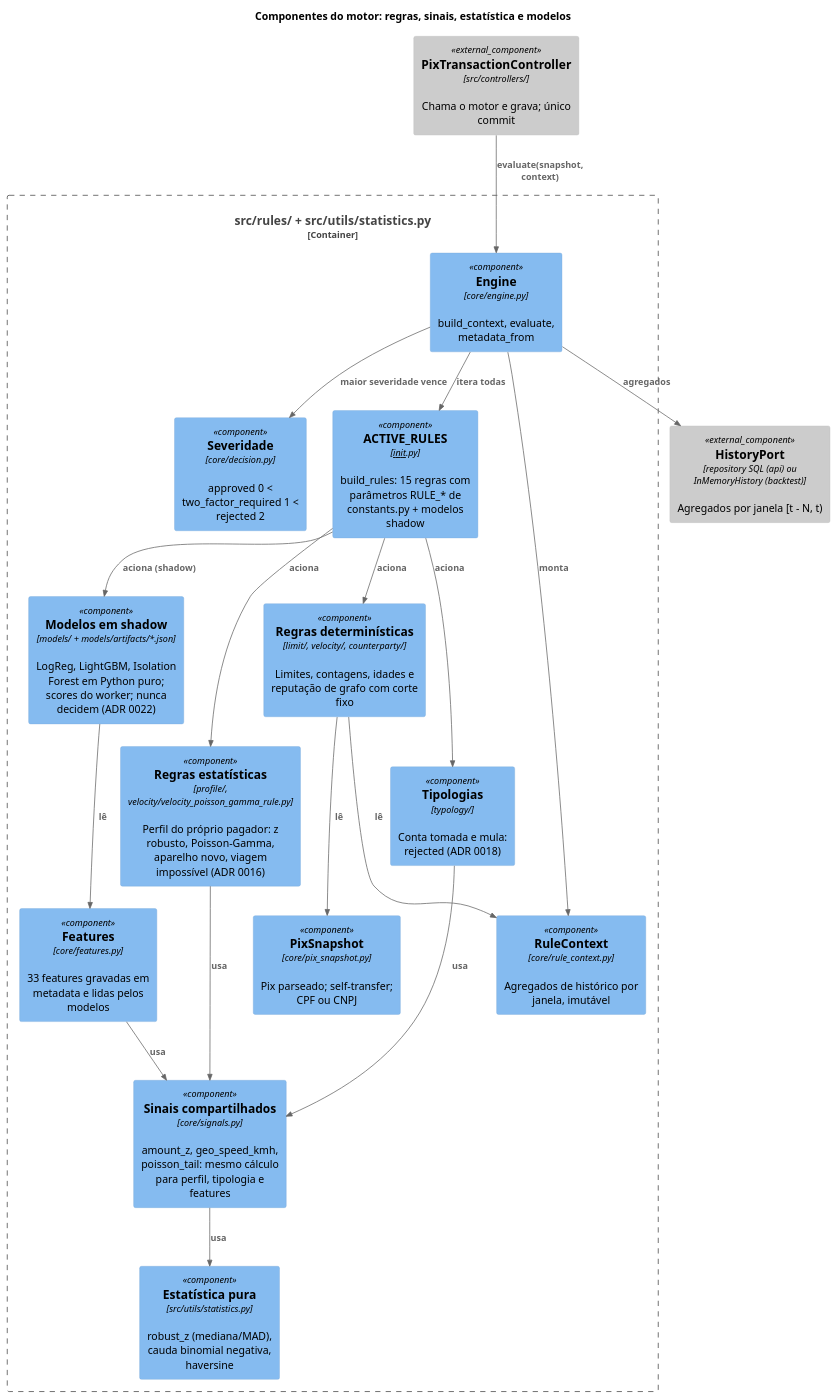
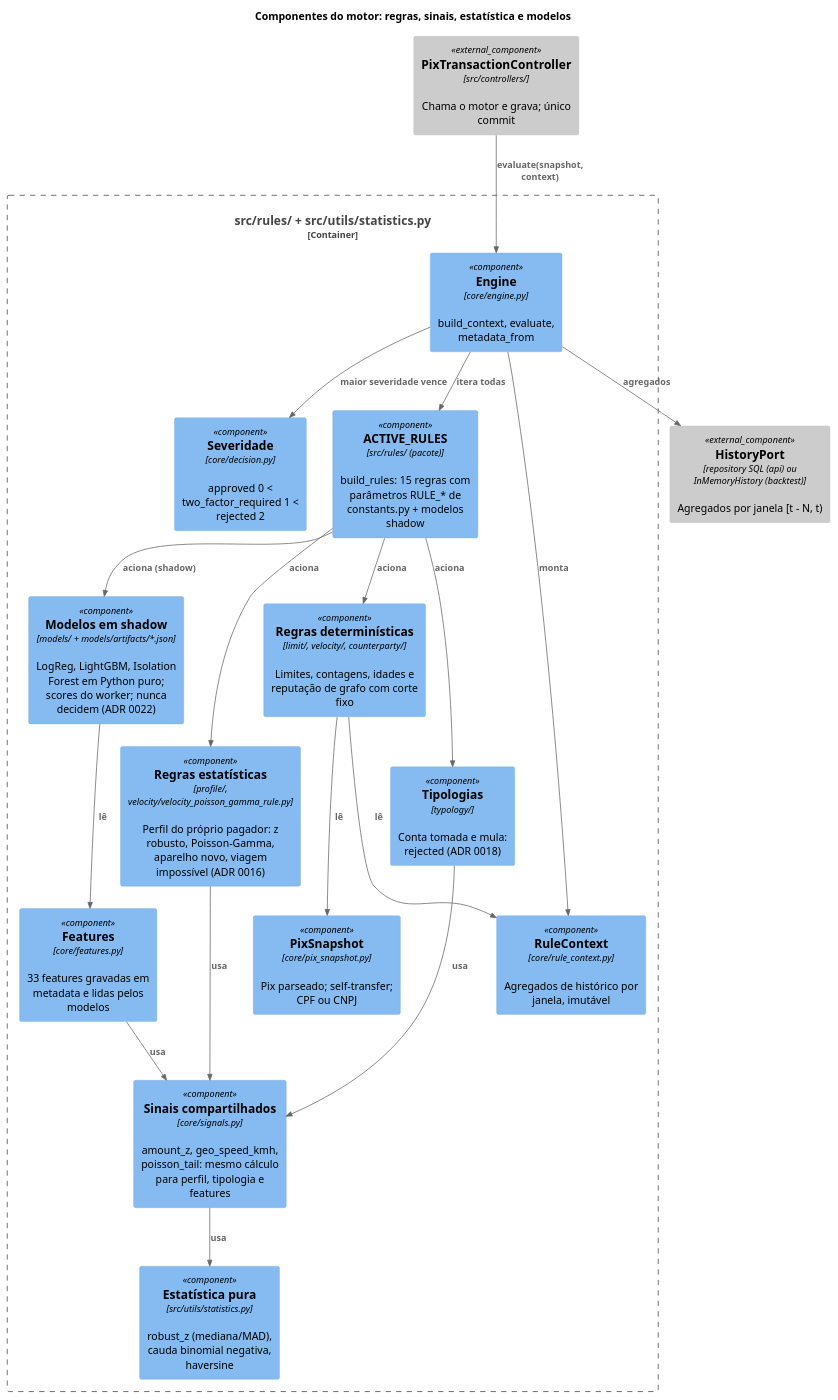
Before and after one commit to phprestes/Hackathon-Anti-Fraud-Pix: the diagram in docs/02-arquitetura/diagramas/c4-componentes-motor.puml, drawn with PlantUML. The commit also changed 3 other files, not shown here.

Commit message:
docs(architecture): avoid PlantUML creole markup in two C4 labels

```diff
--- a/docs/02-arquitetura/diagramas/c4-componentes-motor.puml
+++ b/docs/02-arquitetura/diagramas/c4-componentes-motor.puml
@@ -1,41 +1,41 @@
 @startuml
 !include https://raw.githubusercontent.com/plantuml-stdlib/C4-PlantUML/master/C4_Component.puml
 
 title Componentes do motor: regras, sinais, estatística e modelos
 
 Component_Ext(controller, "PixTransactionController", "src/controllers/", "Chama o motor e grava; único commit")
 Component_Ext(history, "HistoryPort", "repository SQL (api) ou InMemoryHistory (backtest)", "Agregados por janela [t - N, t)")
 
 Container_Boundary(rules_boundary, "src/rules/ + src/utils/statistics.py") {
     Component(engine, "Engine", "core/engine.py", "build_context, evaluate, metadata_from")
     Component(snapshot, "PixSnapshot", "core/pix_snapshot.py", "Pix parseado; self-transfer; CPF ou CNPJ")
     Component(context, "RuleContext", "core/rule_context.py", "Agregados de histórico por janela, imutável")
     Component(features, "Features", "core/features.py", "33 features gravadas em metadata e lidas pelos modelos")
-    Component(registry, "ACTIVE_RULES", "__init__.py", "build_rules: 15 regras com parâmetros RULE_* de constants.py + modelos shadow")
+    Component(registry, "ACTIVE_RULES", "src/rules/ (pacote)", "build_rules: 15 regras com parâmetros RULE_* de constants.py + modelos shadow")
     Component(det, "Regras determinísticas", "limit/, velocity/, counterparty/", "Limites, contagens, idades e reputação de grafo com corte fixo")
     Component(stat, "Regras estatísticas", "profile/, velocity/velocity_poisson_gamma_rule.py", "Perfil do próprio pagador: z robusto, Poisson-Gamma, aparelho novo, viagem impossível (ADR 0016)")
     Component(typo, "Tipologias", "typology/", "Conta tomada e mula: rejected (ADR 0018)")
     Component(models, "Modelos em shadow", "models/ + models/artifacts/*.json", "LogReg, LightGBM, Isolation Forest em Python puro; scores do worker; nunca decidem (ADR 0022)")
     Component(signals, "Sinais compartilhados", "core/signals.py", "amount_z, geo_speed_kmh, poisson_tail: mesmo cálculo para perfil, tipologia e features")
     Component(statistics, "Estatística pura", "src/utils/statistics.py", "robust_z (mediana/MAD), cauda binomial negativa, haversine")
     Component(decision, "Severidade", "core/decision.py", "approved 0 < two_factor_required 1 < rejected 2")
 }
 
 Rel(controller, engine, "evaluate(snapshot, context)")
 Rel(engine, history, "agregados")
 Rel(engine, context, "monta")
 Rel(engine, registry, "itera todas")
 Rel(registry, det, "aciona")
 Rel(registry, stat, "aciona")
 Rel(registry, typo, "aciona")
 Rel(registry, models, "aciona (shadow)")
 Rel(det, snapshot, "lê")
 Rel(det, context, "lê")
 Rel(stat, signals, "usa")
 Rel(typo, signals, "usa")
 Rel(models, features, "lê")
 Rel(features, signals, "usa")
 Rel(signals, statistics, "usa")
 Rel(engine, decision, "maior severidade vence")
 
 @enduml
```
